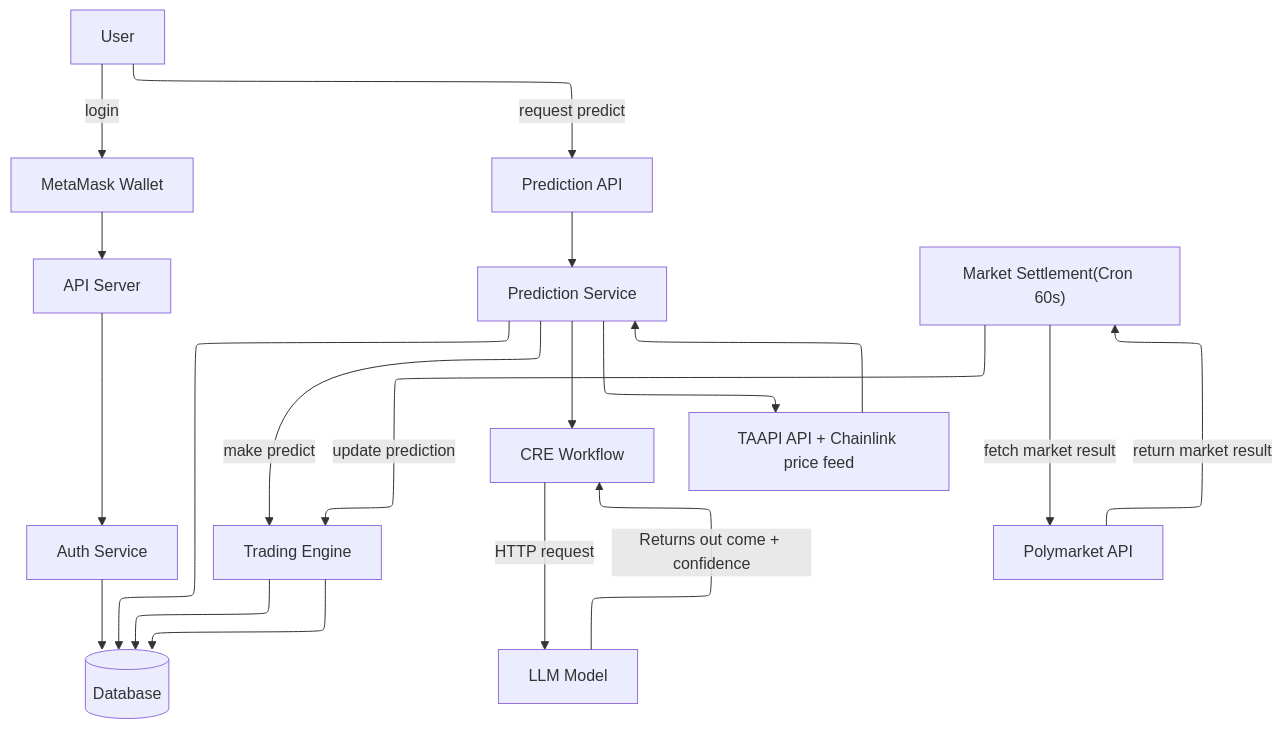
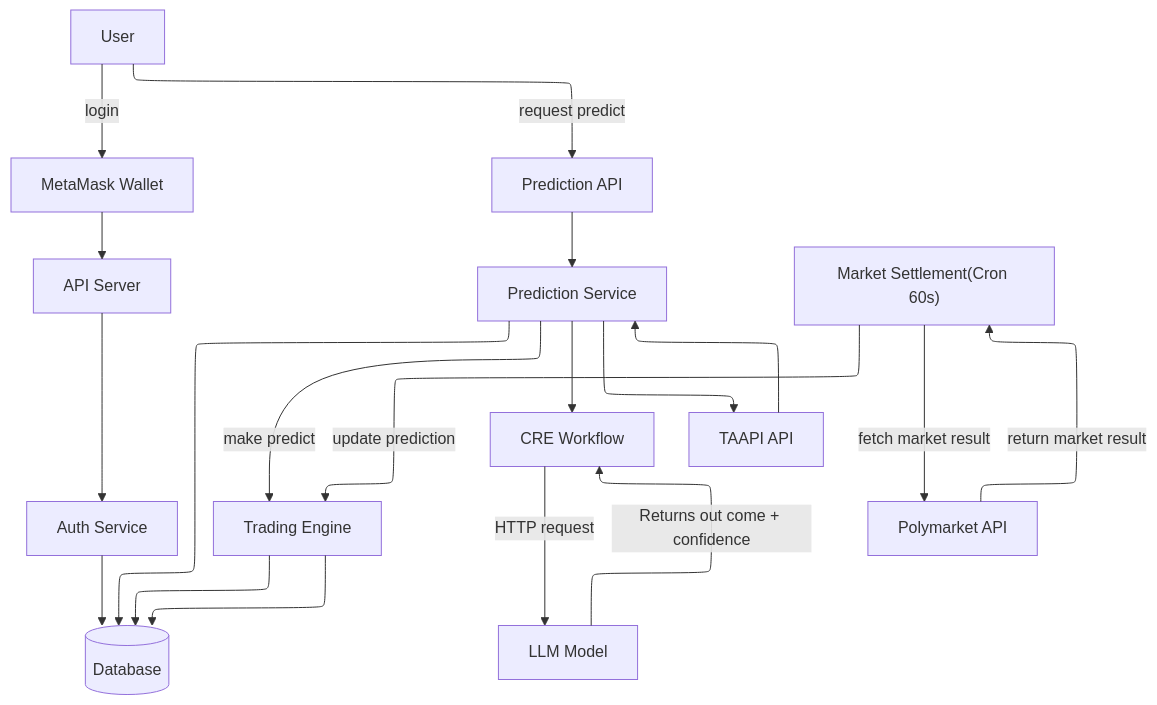
Before and after one commit to tuanzoro2k/prediction_up_down_bot: the first of 4 diagrams in docs/prediction-bot-architecture-workflow-mermaid.md, drawn with Mermaid. The commit also changed other lines of this file and 1 other file, not shown here.

````diff
--- a/docs/prediction-bot-architecture-workflow-mermaid.md
+++ b/docs/prediction-bot-architecture-workflow-mermaid.md
@@ -7,22 +7,22 @@
 ```mermaid
 ---
 config:
   layout: elk
 ---
 flowchart TB
     User["User"] -- login --> MetaMask["MetaMask Wallet"]
     MetaMask --> APIGW["API Server"]
     APIGW --> Auth["Auth Service"]
     Auth --> DB[("Database")]
     User -- request predict --> PredictAPI["Prediction API"]
     PredictAPI --> PredictionService["Prediction Service"]
     PredictionService -- make predict --> TradingEngine["Trading Engine"]
-    PredictionService --> CRE["CRE Workflow"] & DB & TAAPI["TAAPI API + Chainlink price feed"]
+    PredictionService --> CRE["CRE Workflow"] & DB & TAAPI["TAAPI API"]
     TAAPI --> PredictionService
     CRE -- HTTP request --> LLM["LLM Model"]
     LLM -- Returns out come + confidence --> CRE
     TradingEngine --> DB & DB
     MarketSync["Market Settlement(Cron 60s)"] -- fetch market result --> Polymarket["Polymarket API"]
     MarketSync -- update prediction --> TradingEngine
     Polymarket -- return market result --> MarketSync
 ```
````
